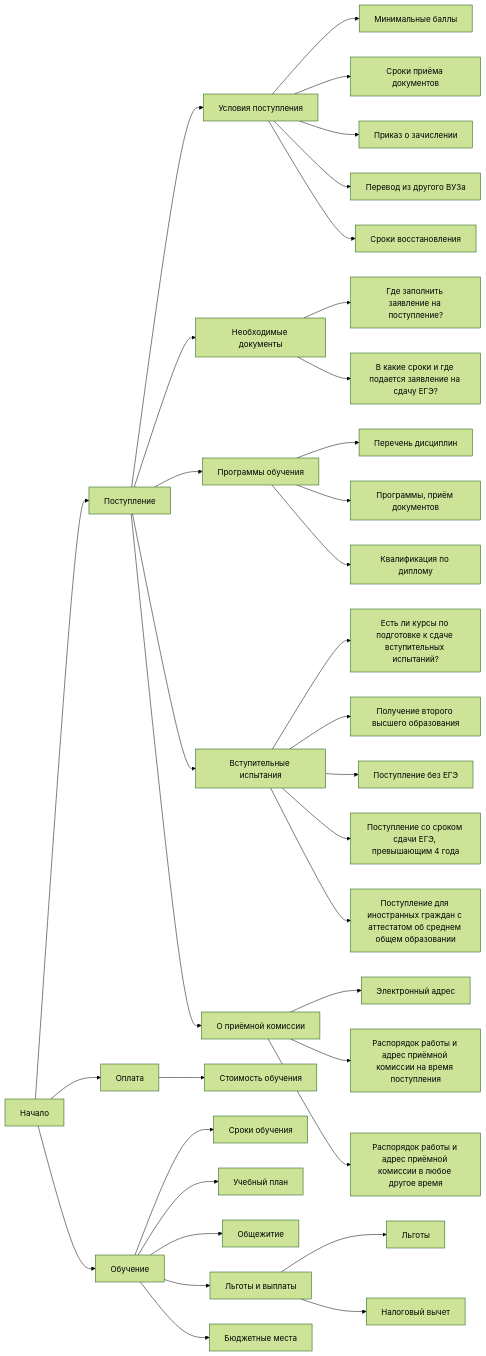
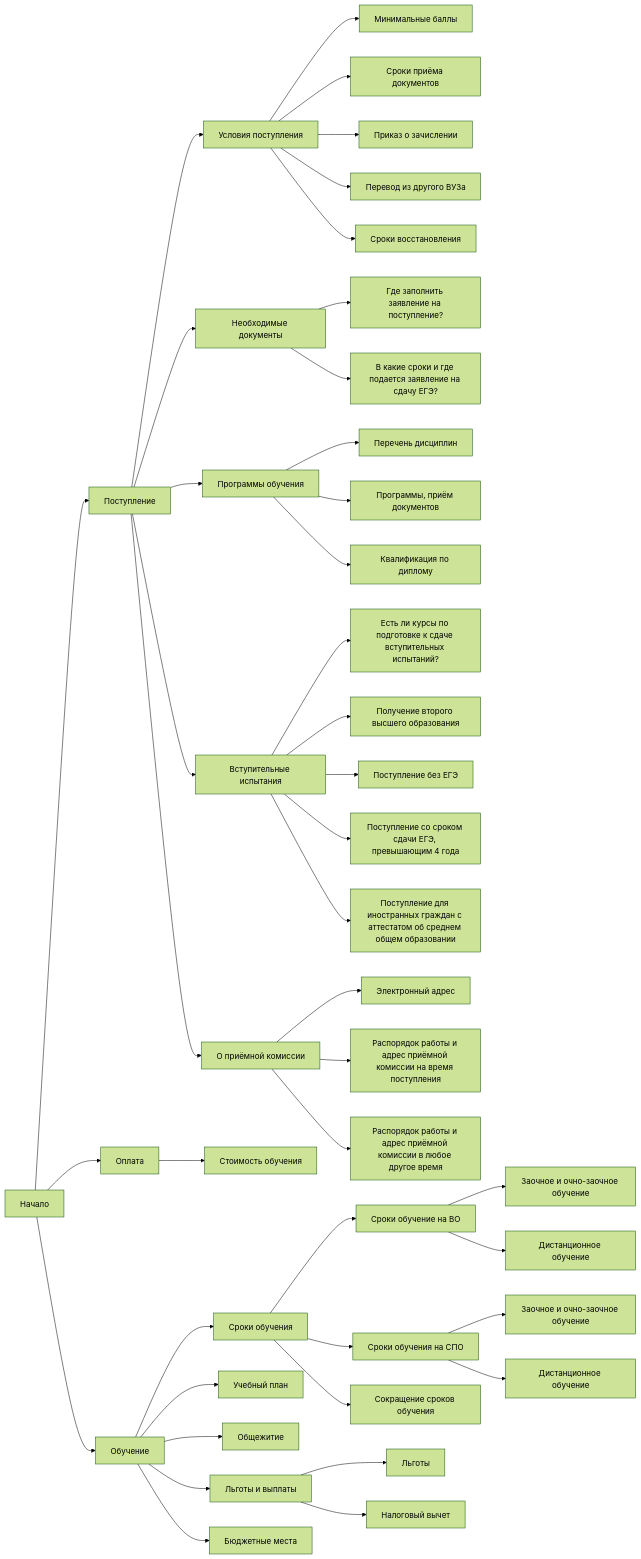
The diagram in doc/Дерево вопросов.md (crimer/vue-chatbot), drawn with Mermaid (forest theme) before and after one commit.

Commit message:
Update Дерево вопросов.md

````diff
--- a/doc/Дерево вопросов.md
+++ b/doc/Дерево вопросов.md
@@ -1,48 +1,58 @@
 ```mermaid
 graph LR;
   A["Начало"]-->B["Поступление"];
   A-->C["Оплата"];
   A-->D["Обучение"];
 
   B-->B1["Условия поступления"];
   B-->B2["Необходимые документы"];
   B-->B3["Программы обучения"];
   B-->B4["Вступительные испытания"];
   B-->B5["О приёмной комиссии"];
 
   B1-->B11["Минимальные баллы"];
   B1-->B12["Сроки приёма документов"];
   B1-->B13["Приказ о зачислении"];
   B1-->B14["Перевод из другого ВУЗа"];
   B1-->B15["Сроки восстановления"];
 
   B2-->B21["Где заполнить заявление на поступление?"];
   B2-->B22["В какие сроки и где подается заявление на сдачу ЕГЭ?"];
 
   B3-->B31["Перечень дисциплин"];
   B3-->B32["Программы, приём документов"];
   B3-->B33["Квалификация по диплому"];
 
   B4-->B41["Есть ли курсы по подготовке к сдаче вступительных испытаний?"];
   B4-->B42["Получение второго высшего образования"];
   B4-->B43["Поступление без ЕГЭ"];
   B4-->B44["Поступление со сроком сдачи ЕГЭ, превышающим 4 года"];
   B4-->B45["Поступление для иностранных граждан с аттестатом об среднем общем образовании"];
 
   B5-->B51["Электронный адрес"];
   B5-->B52["Распорядок работы и адрес приёмной комиссии на время поступления"];
   B5-->B53["Распорядок работы и адрес приёмной комиссии в любое другое время"];
 
   C-->C1["Стоимость обучения"];
   
   D-->D1["Сроки обучения"];
   D-->D2["Учебный план"];
   D-->D3["Общежитие"];
   D-->D4["Льготы и выплаты"];
   D-->D5["Бюджетные места"];
 
+  D1-->D11["Сроки обучение на ВО"];
+  D1-->D12["Сроки обучения на СПО"];
+  D1-->D13["Сокращение сроков обучения"];
+
+  D11-->D111["Заочное и очно-заочное обучение"];
+  D11-->D112["Дистанционное обучение"];
+
+  D12-->D121["Заочное и очно-заочное обучение"];
+  D12-->D122["Дистанционное обучение"];
+  
   D4-->D41["Льготы"];
   D4-->D42["Налоговый вычет"];
 
 
 ```
````
